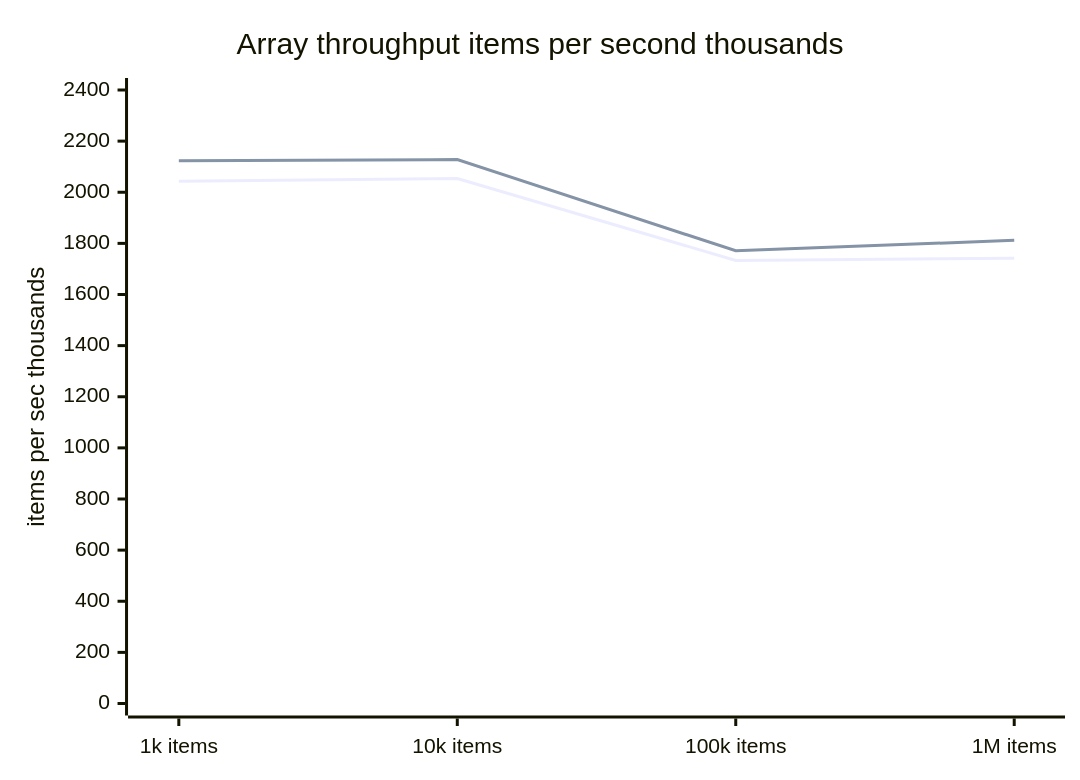
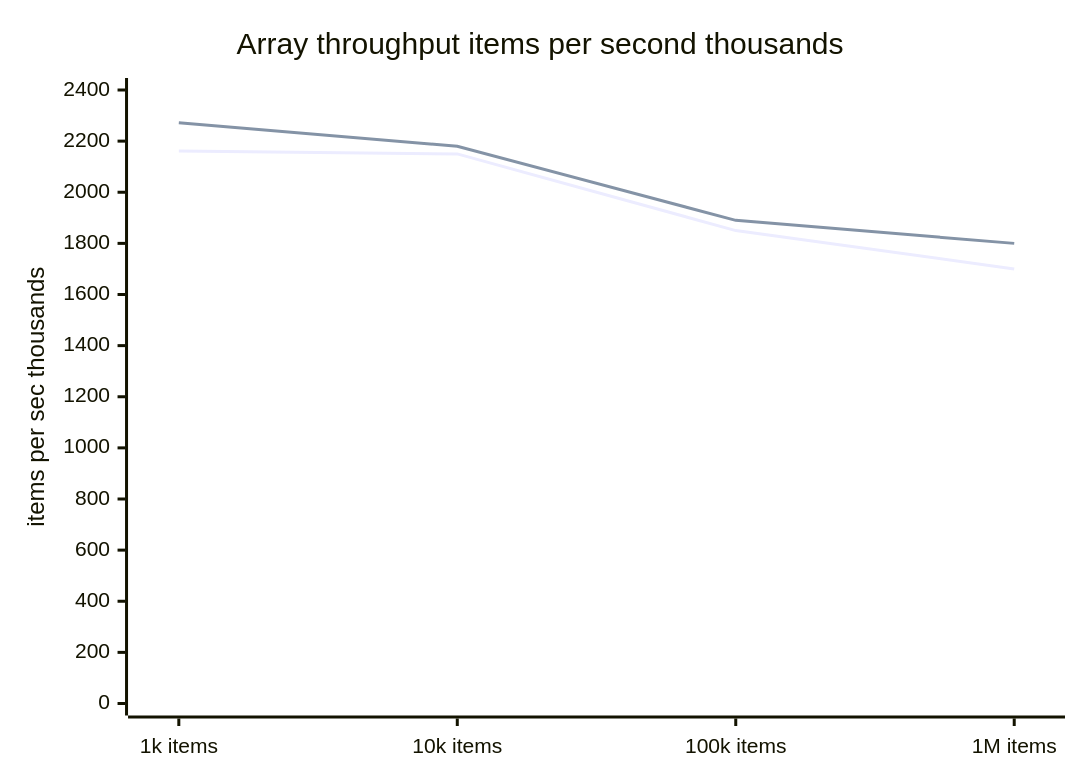
One commit to ioncache/data-sanitization changed the second of 3 diagrams in docs/performance.md. Above: the diagram before and after it, drawn with Mermaid. The commit also changed other lines of this file and 6 other files, not shown here.

````diff
--- a/docs/performance.md
+++ b/docs/performance.md
@@ -52,8 +53,8 @@
 ```mermaid
 xychart-beta
     title "Array throughput items per second thousands"
     x-axis ["1k items", "10k items", "100k items", "1M items"]
     y-axis "items per sec thousands" 0 --> 2400
-    line [2043, 2054, 1733, 1742]
-    line [2123, 2128, 1771, 1812]
+    line [2161, 2150, 1850, 1700]
+    line [2272, 2180, 1890, 1800]
 ```
````
